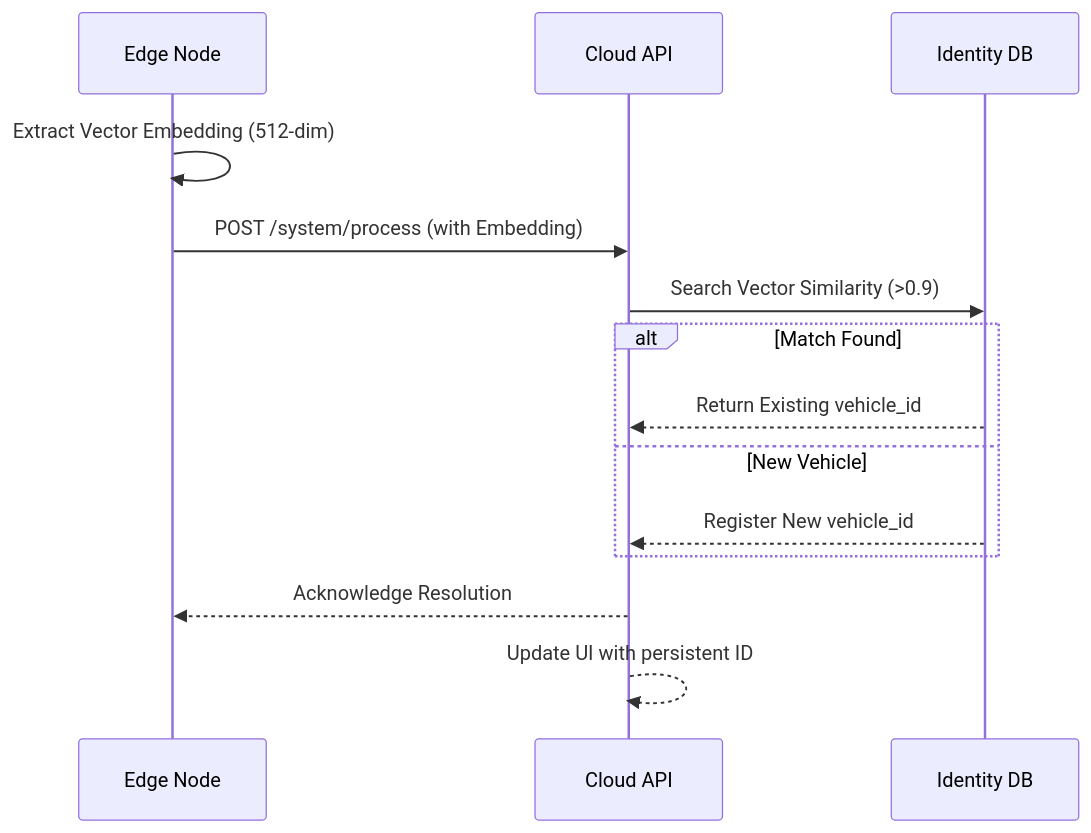
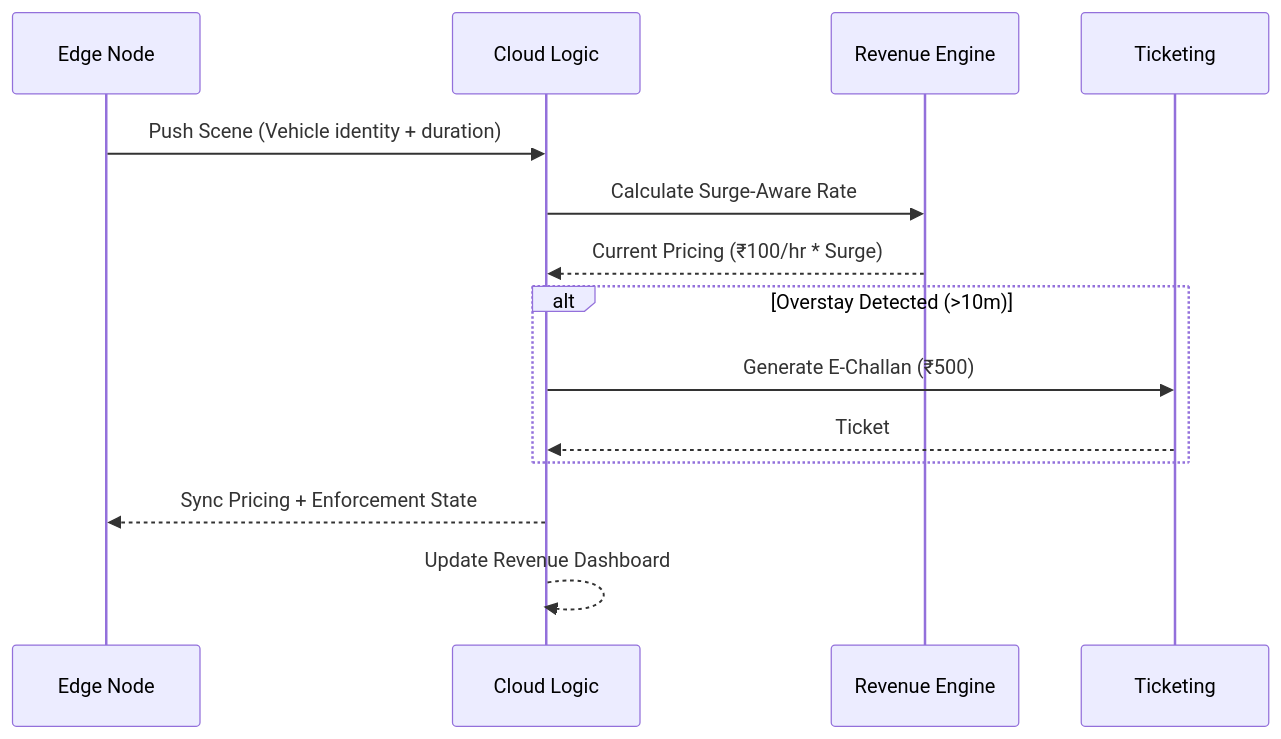
One commit to pranaya-mathur/ParkSight changed the second of 2 diagrams in README.md. Above: the diagram before and after it, drawn with Mermaid. The commit also changed other lines of this file and 13 other files, not shown here.

````diff
--- a/README.md
+++ b/README.md
@@ -42,17 +42,17 @@
 ```mermaid
 sequenceDiagram
     participant E as Edge Node
-    participant C as Cloud API
-    participant D as Identity DB
+    participant C as Cloud Logic
+    participant R as Revenue Engine
+    participant T as Ticketing
     
-    E->>E: Extract Vector Embedding (512-dim)
-    E->>C: POST /system/process (with Embedding)
-    C->>D: Search Vector Similarity (>0.9)
-    alt Match Found
-        D-->>C: Return Existing vehicle_id
-    else New Vehicle
-        D-->>C: Register New vehicle_id
+    E->>C: Push Scene (Vehicle identity + duration)
+    C->>R: Calculate Surge-Aware Rate
+    R-->>C: Current Pricing (₹100/hr * Surge)
+    alt Overstay Detected (>10m)
+        C->>T: Generate E-Challan (₹500)
+        T-->>C: Ticket #TK-XYZ Persisted
     end
-    C-->>E: Acknowledge Resolution
-    C-->>C: Update UI with persistent ID
+    C-->>E: Sync Pricing + Enforcement State
+    C-->>C: Update Revenue Dashboard
 ```
````
